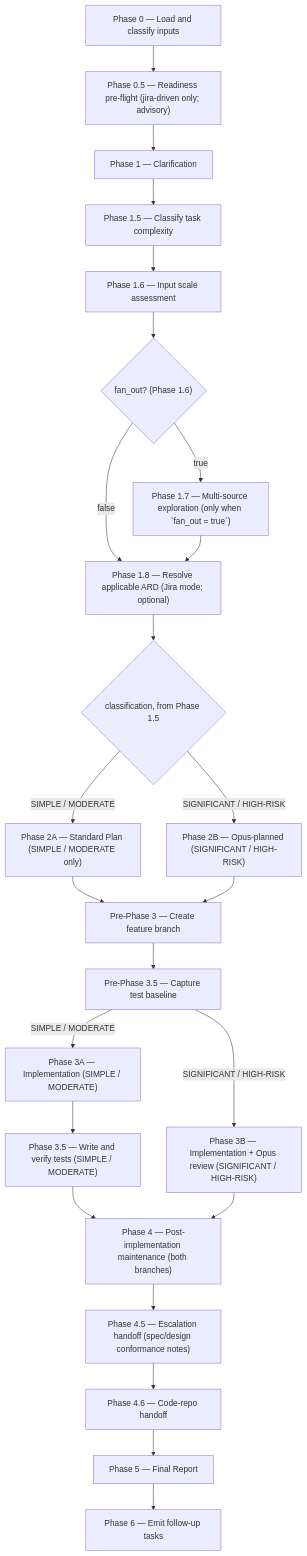
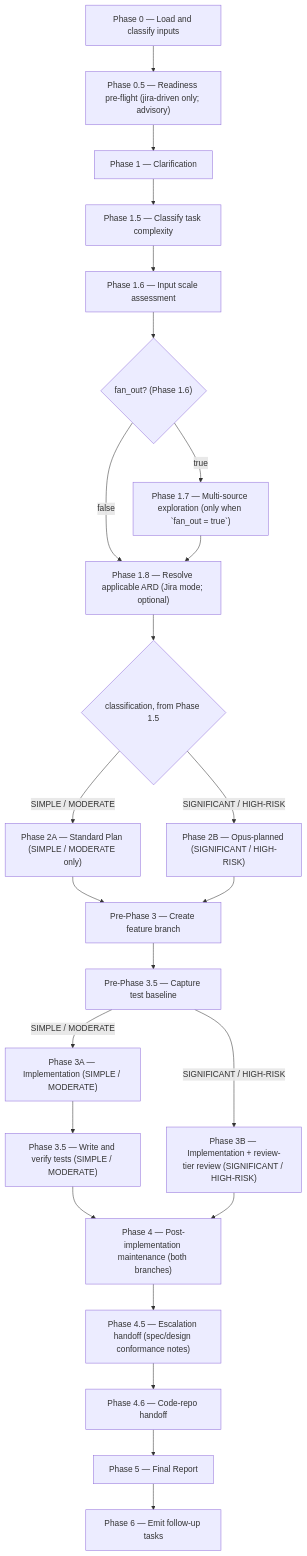
One commit to ihudak/ihudak-copilot-plugins changed the diagram in dev-workflows/docs/skills/implement.md. Above: the diagram before and after it, drawn with Mermaid. The commit also changed other lines of this file and 39 other files, not shown here.

````diff
--- a/dev-workflows/docs/skills/implement.md
+++ b/dev-workflows/docs/skills/implement.md
@@ -19,26 +19,26 @@
 ```mermaid
 flowchart TD
     p0["Phase 0 — Load and classify inputs"] --> p05["Phase 0.5 — Readiness pre-flight (jira-driven only; advisory)"]
     p05 --> p1["Phase 1 — Clarification"]
     p1 --> p15["Phase 1.5 — Classify task complexity"]
     p15 --> p16["Phase 1.6 — Input scale assessment"]
     p16 --> d1{"fan_out? (Phase 1.6)"}
     d1 -- "true" --> p17["Phase 1.7 — Multi-source exploration (only when `fan_out = true`)"]
     d1 -- "false" --> p18["Phase 1.8 — Resolve applicable ARD (Jira mode; optional)"]
     p17 --> p18
     p18 --> d2{"classification, from Phase 1.5"}
     d2 -- "SIMPLE / MODERATE" --> p2a["Phase 2A — Standard Plan (SIMPLE / MODERATE only)"]
     d2 -- "SIGNIFICANT / HIGH-RISK" --> p2b["Phase 2B — Opus-planned (SIGNIFICANT / HIGH-RISK)"]
     p2a --> prep3["Pre-Phase 3 — Create feature branch"]
     p2b --> prep3
     prep3 --> prep35["Pre-Phase 3.5 — Capture test baseline"]
     prep35 -- "SIMPLE / MODERATE" --> p3a["Phase 3A — Implementation (SIMPLE / MODERATE)"]
-    prep35 -- "SIGNIFICANT / HIGH-RISK" --> p3b["Phase 3B — Implementation + Opus review (SIGNIFICANT / HIGH-RISK)"]
+    prep35 -- "SIGNIFICANT / HIGH-RISK" --> p3b["Phase 3B — Implementation + review-tier review (SIGNIFICANT / HIGH-RISK)"]
     p3a --> p35["Phase 3.5 — Write and verify tests (SIMPLE / MODERATE)"]
     p35 --> p4["Phase 4 — Post-implementation maintenance (both branches)"]
     p3b --> p4
     p4 --> p45["Phase 4.5 — Escalation handoff (spec/design conformance notes)"]
     p45 --> p46["Phase 4.6 — Code-repo handoff"]
     p46 --> p5["Phase 5 — Final Report"]
     p5 --> p6["Phase 6 — Emit follow-up tasks"]
 ```
````
